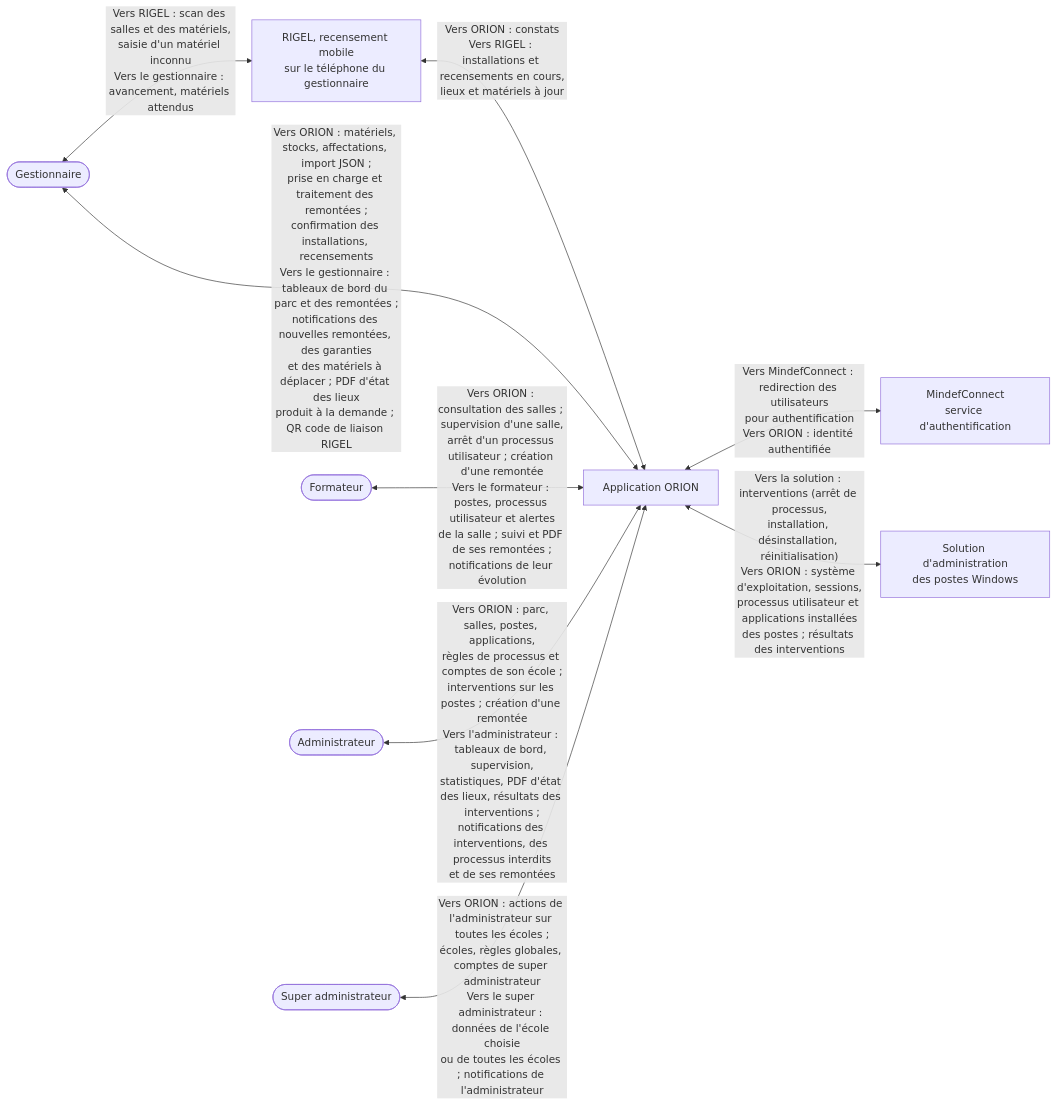
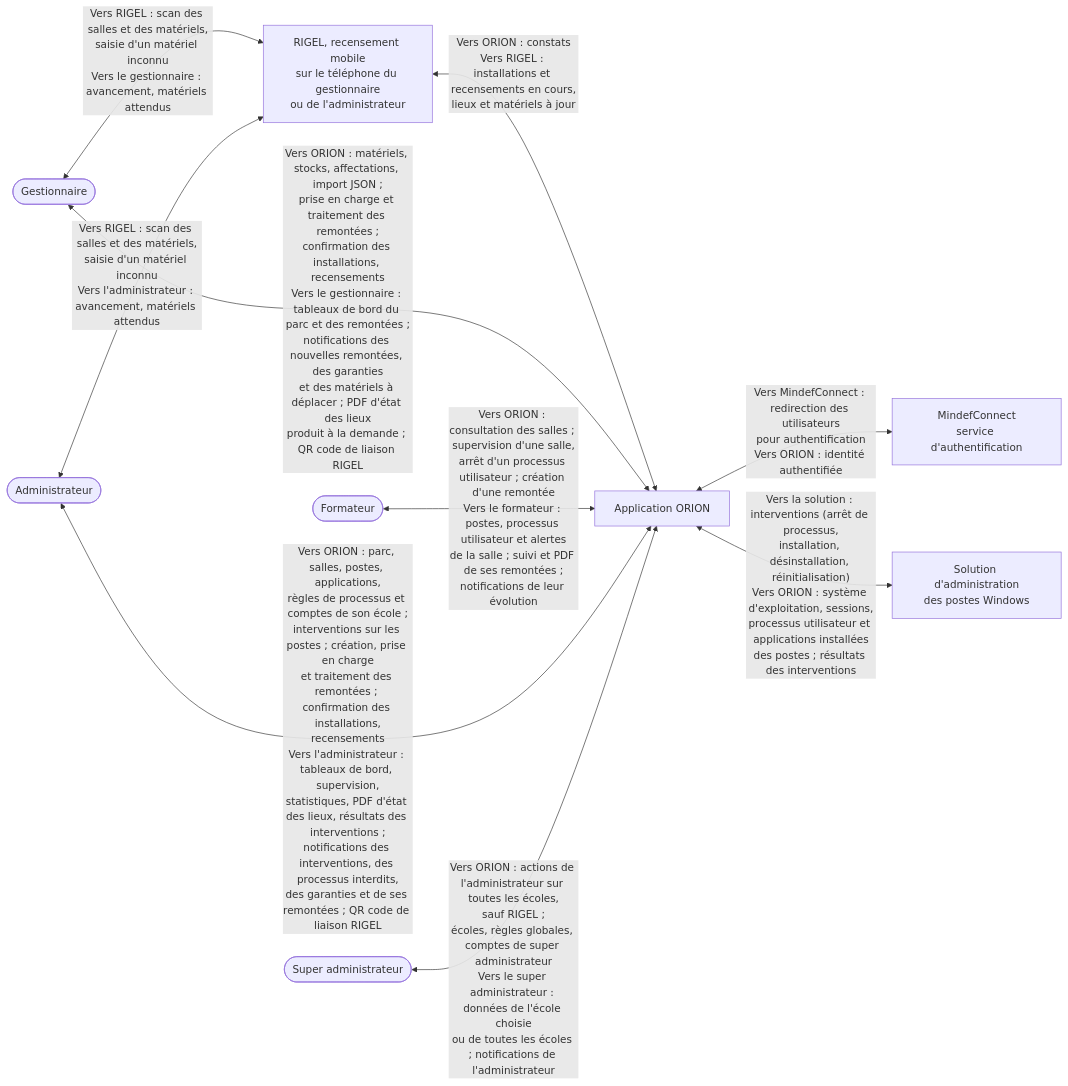
The diagram in docs/02-ANALYSE/01-MODELISATION-METIER/06-DIAGRAMME-CONTEXTE.md (bpierrelouis/aster), drawn with Mermaid before and after one commit. The commit also changed other lines of this file and 19 other files, not shown here.

First line of the commit message:
docs: aligner la documentation sur les droits hérités par l’administrateur

````diff
--- a/docs/02-ANALYSE/01-MODELISATION-METIER/06-DIAGRAMME-CONTEXTE.md
+++ b/docs/02-ANALYSE/01-MODELISATION-METIER/06-DIAGRAMME-CONTEXTE.md
@@ -9,22 +9,23 @@
 ```mermaid
 flowchart LR
     gestionnaire(["Gestionnaire"])
     formateur(["Formateur"])
     administrateur(["Administrateur"])
     superadmin(["Super administrateur"])
-    telephone["RIGEL, recensement mobile<br/>sur le téléphone du gestionnaire"]
+    telephone["RIGEL, recensement mobile<br/>sur le téléphone du gestionnaire<br/>ou de l'administrateur"]
     orion["Application ORION"]
     mindefconnect["MindefConnect<br/>service d'authentification"]
     administrationPostes["Solution d'administration<br/>des postes Windows"]
 
     gestionnaire <-->|"Vers RIGEL : scan des salles et des matériels,<br/>saisie d'un matériel inconnu<br/>Vers le gestionnaire : avancement, matériels attendus"| telephone
+    administrateur <-->|"Vers RIGEL : scan des salles et des matériels,<br/>saisie d'un matériel inconnu<br/>Vers l'administrateur : avancement, matériels attendus"| telephone
     telephone <-->|"Vers ORION : constats<br/>Vers RIGEL : installations et recensements en cours,<br/>lieux et matériels à jour"| orion
 
     gestionnaire <-->|"Vers ORION : matériels, stocks, affectations, import JSON ;<br/>prise en charge et traitement des remontées ;<br/>confirmation des installations, recensements<br/>Vers le gestionnaire : tableaux de bord du parc et des remontées ;<br/>notifications des nouvelles remontées, des garanties<br/>et des matériels à déplacer ; PDF d'état des lieux<br/>produit à la demande ; QR code de liaison RIGEL"| orion
     formateur <-->|"Vers ORION : consultation des salles ; supervision d'une salle,<br/>arrêt d'un processus utilisateur ; création d'une remontée<br/>Vers le formateur : postes, processus utilisateur et alertes<br/>de la salle ; suivi et PDF de ses remontées ;<br/>notifications de leur évolution"| orion
-    administrateur <-->|"Vers ORION : parc, salles, postes, applications,<br/>règles de processus et comptes de son école ;<br/>interventions sur les postes ; création d'une remontée<br/>Vers l'administrateur : tableaux de bord, supervision,<br/>statistiques, PDF d'état des lieux, résultats des interventions ;<br/>notifications des interventions, des processus interdits<br/>et de ses remontées"| orion
-    superadmin <-->|"Vers ORION : actions de l'administrateur sur toutes les écoles ;<br/>écoles, règles globales, comptes de super administrateur<br/>Vers le super administrateur : données de l'école choisie<br/>ou de toutes les écoles ; notifications de l'administrateur"| orion
+    administrateur <-->|"Vers ORION : parc, salles, postes, applications,<br/>règles de processus et comptes de son école ;<br/>interventions sur les postes ; création, prise en charge<br/>et traitement des remontées ; confirmation des installations,<br/>recensements<br/>Vers l'administrateur : tableaux de bord, supervision,<br/>statistiques, PDF d'état des lieux, résultats des interventions ;<br/>notifications des interventions, des processus interdits,<br/>des garanties et de ses remontées ; QR code de liaison RIGEL"| orion
+    superadmin <-->|"Vers ORION : actions de l'administrateur sur toutes les écoles,<br/>sauf RIGEL ;<br/>écoles, règles globales, comptes de super administrateur<br/>Vers le super administrateur : données de l'école choisie<br/>ou de toutes les écoles ; notifications de l'administrateur"| orion
 
     orion <-->|"Vers MindefConnect : redirection des utilisateurs<br/>pour authentification<br/>Vers ORION : identité authentifiée"| mindefconnect
     orion <-->|"Vers la solution : interventions (arrêt de processus,<br/>installation, désinstallation, réinitialisation)<br/>Vers ORION : système d'exploitation, sessions,<br/>processus utilisateur et applications installées<br/>des postes ; résultats des interventions"| administrationPostes
 ```
````
